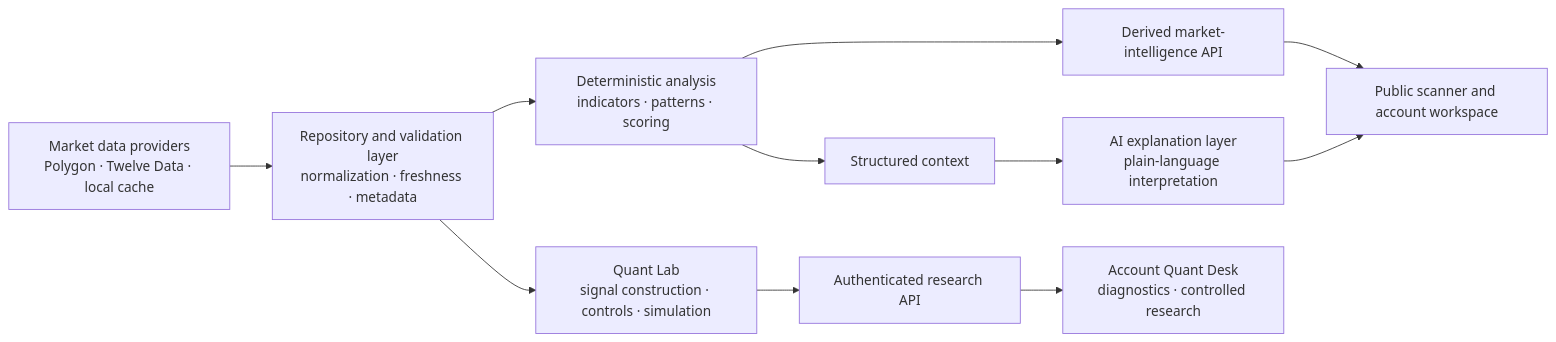
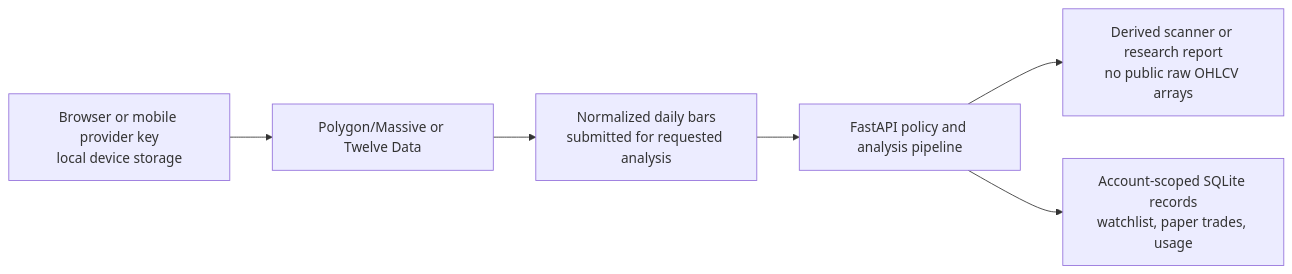
One commit to silasproff-eng/Oryntra-AI changed the diagram in README.md. Above: the diagram before and after it, drawn with Mermaid. The commit also changed other lines of this file and 19 other files, not shown here.

````diff
--- a/README.md
+++ b/README.md
@@ -43,13 +69,8 @@
 ```mermaid
 flowchart LR
-    A["Market data providers\nPolygon · Twelve Data · local cache"] --> B["Repository and validation layer\nnormalization · freshness · metadata"]
-    B --> C["Deterministic analysis\nindicators · patterns · scoring"]
-    B --> D["Quant Lab\nsignal construction · controls · simulation"]
-    C --> E["Derived market-intelligence API"]
-    D --> F["Authenticated research API"]
-    E --> G["Public scanner and account workspace"]
-    F --> H["Account Quant Desk\ndiagnostics · controlled research"]
-    C --> I["Structured context"]
-    I --> J["AI explanation layer\nplain-language interpretation"]
-    J --> G
+    A["Browser or mobile provider key\nlocal device storage"] --> B["Polygon/Massive or Twelve Data"]
+    B --> C["Normalized daily bars\nsubmitted for requested analysis"]
+    C --> D["FastAPI policy and analysis pipeline"]
+    D --> E["Derived scanner or research report\nno public raw OHLCV arrays"]
+    D --> F["Account-scoped SQLite records\nwatchlist, paper trades, usage"]
 ```
````
